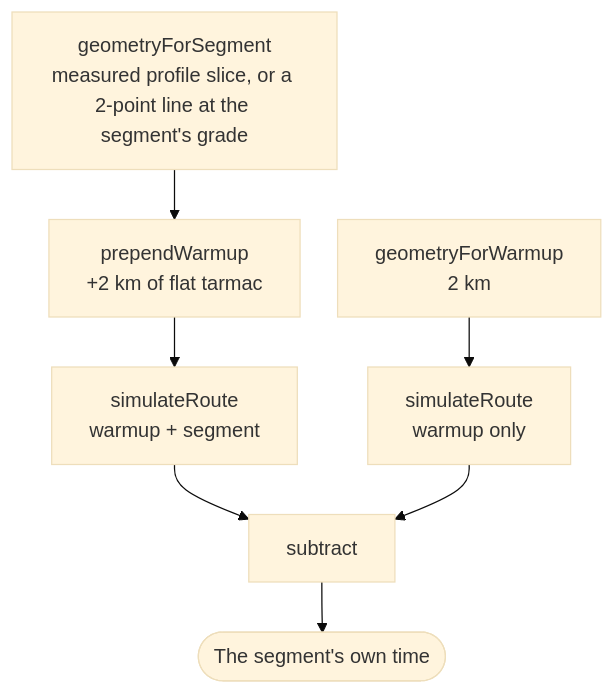
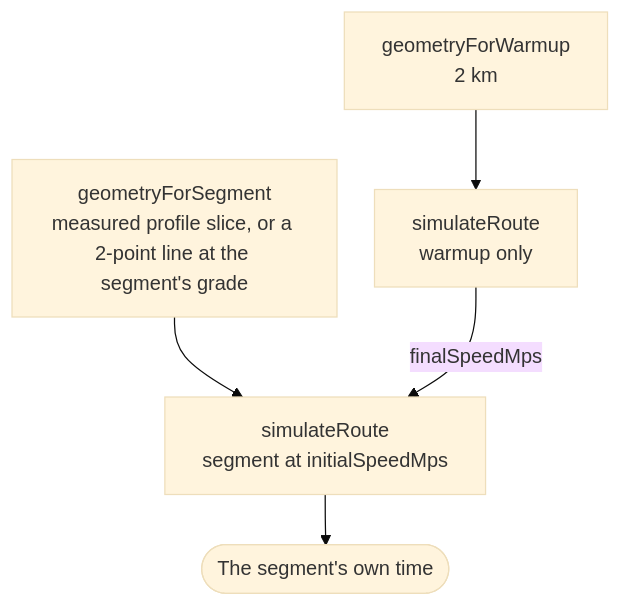
The fifth of 5 diagrams in docs/physics-pipeline.md (kjellrg/zwift-bikes), drawn with Mermaid (base theme) before and after one commit. The commit also changed other lines of this file and 18 other files, not shown here.

````diff
--- a/docs/physics-pipeline.md
+++ b/docs/physics-pipeline.md
@@ -391,15 +398,13 @@
 ```mermaid
 %%{ init: { "flowchart": { "nodeSpacing": 30, "rankSpacing": 40 } } }%%
 flowchart TD
     G["geometryForSegment<br/>measured profile slice, or a 2-point line at the segment's grade"]
-    W["prependWarmup<br/>+2 km of flat tarmac"]
-    S1["simulateRoute<br/>warmup + segment"]
+    S1["simulateRoute<br/>segment at initialSpeedMps"]
     WO["geometryForWarmup<br/>2 km"]
     S2["simulateRoute<br/>warmup only"]
-    SUB["subtract"]
     T(["The segment's own time"])
 
-    G --> W --> S1 --> SUB
-    WO --> S2 --> SUB
-    SUB --> T
+    G --> S1 --> T
+    WO --> S2
+    S2 -- "finalSpeedMps" --> S1
 ```
````
